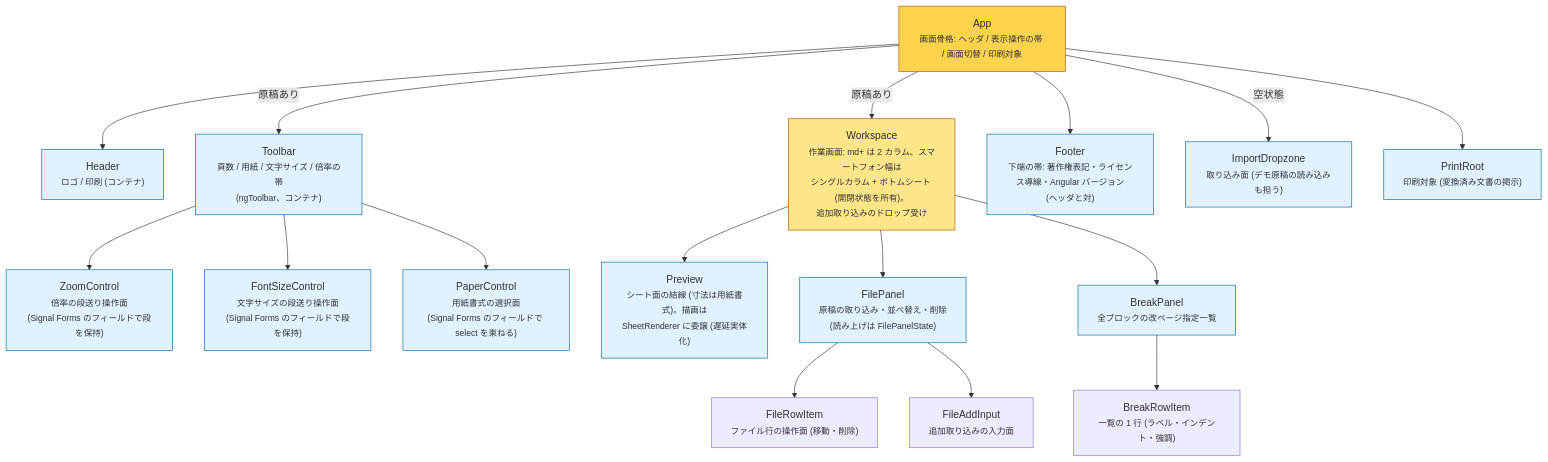
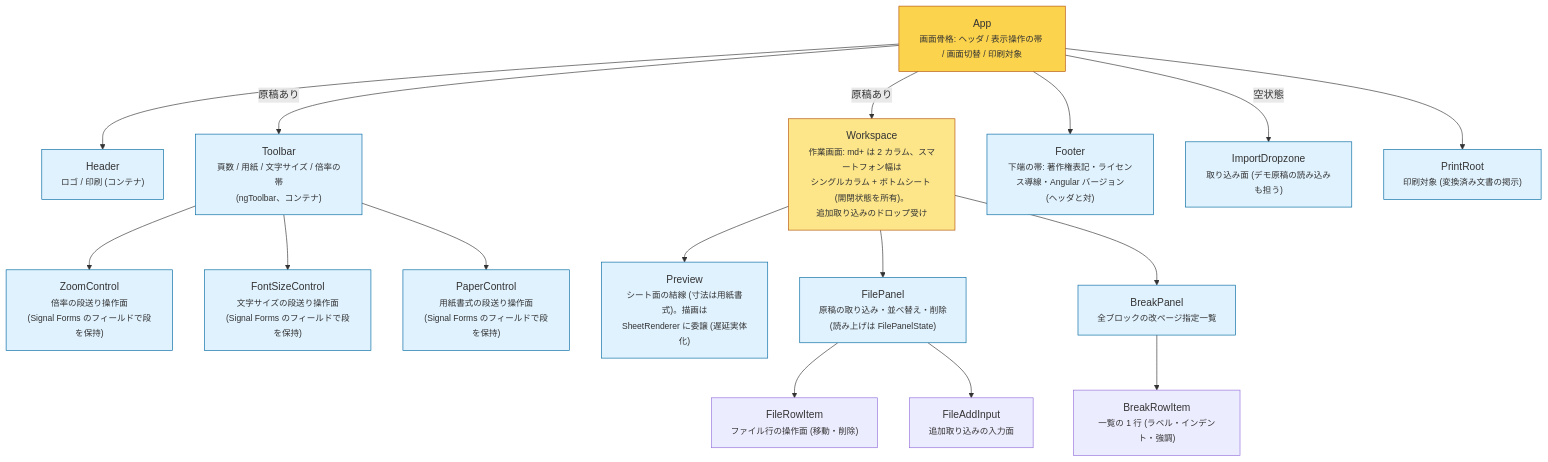
Before and after one commit to lacolaco/printmd: the diagram in docs/component-tree.md, drawn with Mermaid. The commit also changed other lines of this file and 26 other files, not shown here.

````diff
--- a/docs/component-tree.md
+++ b/docs/component-tree.md
@@ -6,42 +6,42 @@
 ```mermaid
 flowchart TB
   APP["App<br/><small>画面骨格: ヘッダ / 表示操作の帯 / 画面切替 / 印刷対象</small>"]
   HEADER["Header<br/><small>ロゴ / 印刷 (コンテナ)</small>"]
   TOOLBAR["Toolbar<br/><small>頁数 / 用紙 / 文字サイズ / 倍率の帯<br/>(ngToolbar、コンテナ)</small>"]
   ZOOMC["ZoomControl<br/><small>倍率の段送り操作面<br/>(Signal Forms のフィールドで段を保持)</small>"]
   FONTC["FontSizeControl<br/><small>文字サイズの段送り操作面<br/>(Signal Forms のフィールドで段を保持)</small>"]
-  PAPERC["PaperControl<br/><small>用紙書式の選択面<br/>(Signal Forms のフィールドで select を束ねる)</small>"]
+  PAPERC["PaperControl<br/><small>用紙書式の段送り操作面<br/>(Signal Forms のフィールドで段を保持)</small>"]
   WS["Workspace<br/><small>作業画面: md+ は 2 カラム、スマートフォン幅は<br/>シングルカラム + ボトムシート (開閉状態を所有)。<br/>追加取り込みのドロップ受け</small>"]
   PREVIEW["Preview<br/><small>シート面の結線 (寸法は用紙書式)。描画は<br/>SheetRenderer に委譲 (遅延実体化)</small>"]
   FILEP["FilePanel<br/><small>原稿の取り込み・並べ替え・削除<br/>(読み上げは FilePanelState)</small>"]
   BREAKP["BreakPanel<br/><small>全ブロックの改ページ指定一覧</small>"]
   BREAKROW["BreakRowItem<br/><small>一覧の 1 行 (ラベル・インデント・強調)</small>"]
   FILEROW["FileRowItem<br/><small>ファイル行の操作面 (移動・削除)</small>"]
   FILEADD["FileAddInput<br/><small>追加取り込みの入力面</small>"]
   FOOTER["Footer<br/><small>下端の帯: 著作権表記・ライセンス導線・Angular バージョン<br/>(ヘッダと対)</small>"]
   DROP["ImportDropzone<br/><small>取り込み面 (デモ原稿の読み込みも担う)</small>"]
   PRINT["PrintRoot<br/><small>印刷対象 (変換済み文書の掲示)</small>"]
 
   APP --> HEADER
   APP -->|"原稿あり"| TOOLBAR
   TOOLBAR --> PAPERC
   TOOLBAR --> FONTC
   TOOLBAR --> ZOOMC
   APP --> FOOTER
   APP -->|"原稿あり"| WS
   APP -->|"空状態"| DROP
   APP --> PRINT
   WS --> PREVIEW
   WS --> FILEP
   WS --> BREAKP
   BREAKP --> BREAKROW
   FILEP --> FILEROW
   FILEP --> FILEADD
 
   classDef shell fill:#fcd34d,stroke:#b45309
   classDef layout fill:#fde68a,stroke:#b45309
   classDef leaf fill:#e0f2fe,stroke:#0369a1
   class APP shell
   class WS layout
   class HEADER,TOOLBAR,ZOOMC,FONTC,PAPERC,PREVIEW,FILEP,BREAKP,FOOTER,DROP,PRINT leaf
 ```
````
